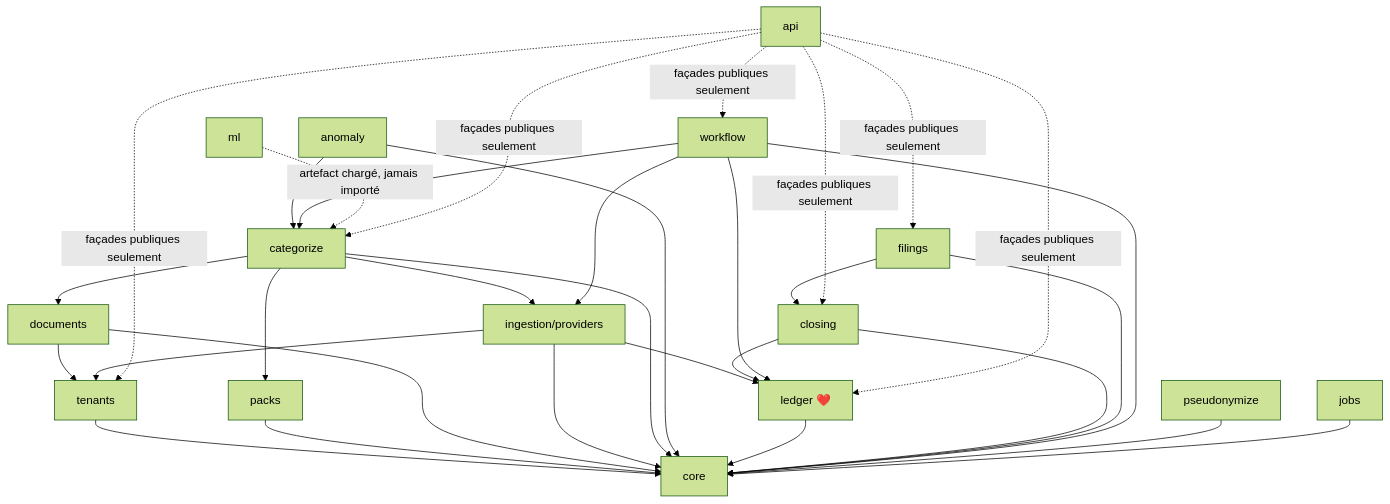
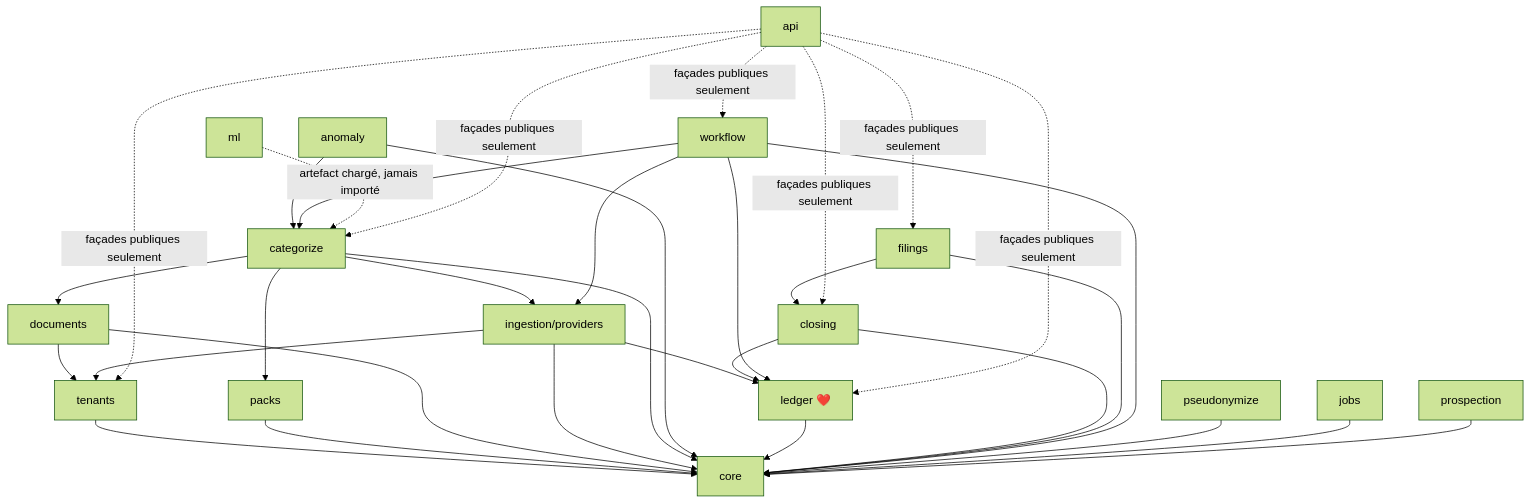
Before and after one commit to presidentaxel/AxelCOMPTA: the diagram in docs/18-organisation-code.md, drawn with Mermaid (forest theme). The commit also changed other lines of this file and 8 other files, not shown here.

````diff
--- a/docs/18-organisation-code.md
+++ b/docs/18-organisation-code.md
@@ -48,35 +49,36 @@
 ```mermaid
 graph TD
     core["core"]
     tenants["tenants"] --> core
     packs["packs"] --> core
     documents["documents"] --> core
     documents --> tenants
     ingestion["ingestion/providers"] --> core
     ingestion --> tenants
     ingestion --> ledger
     categorize["categorize"] --> core
     categorize --> packs
     categorize --> ingestion
     categorize --> documents
     anomaly["anomaly"] --> core
     anomaly --> categorize
     ledger["ledger ❤️"] --> core
     closing["closing"] --> core
     closing --> ledger
     filings["filings"] --> core
     filings --> closing
     workflow["workflow"] --> core
     workflow --> categorize
     workflow --> ingestion
     workflow --> ledger
     pseudonymize["pseudonymize"] --> core
     jobs["jobs"] --> core
+    prospection["prospection"] --> core
     ml["ml"] -. artefact chargé, jamais importé .-> categorize
     api["api"] -. façades publiques seulement .-> tenants
     api -. façades publiques seulement .-> categorize
     api -. façades publiques seulement .-> ledger
     api -. façades publiques seulement .-> closing
     api -. façades publiques seulement .-> filings
     api -. façades publiques seulement .-> workflow
 ```
````
